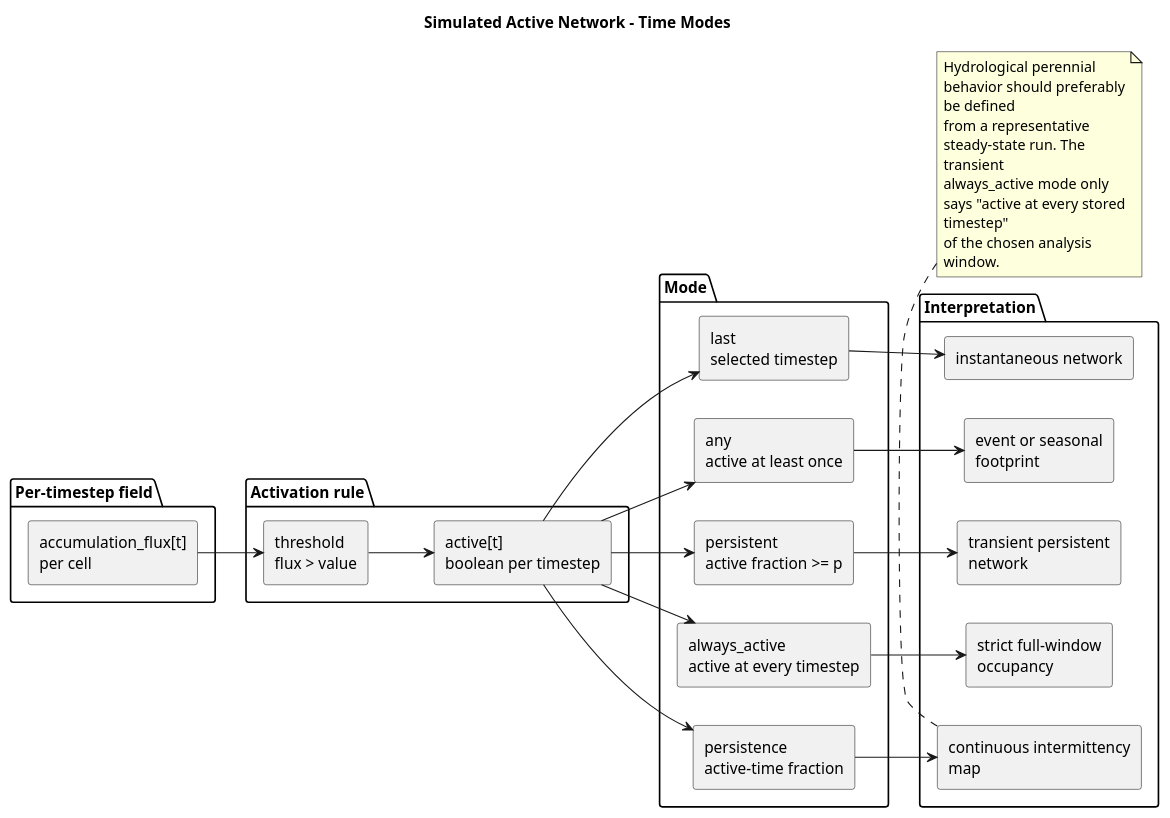
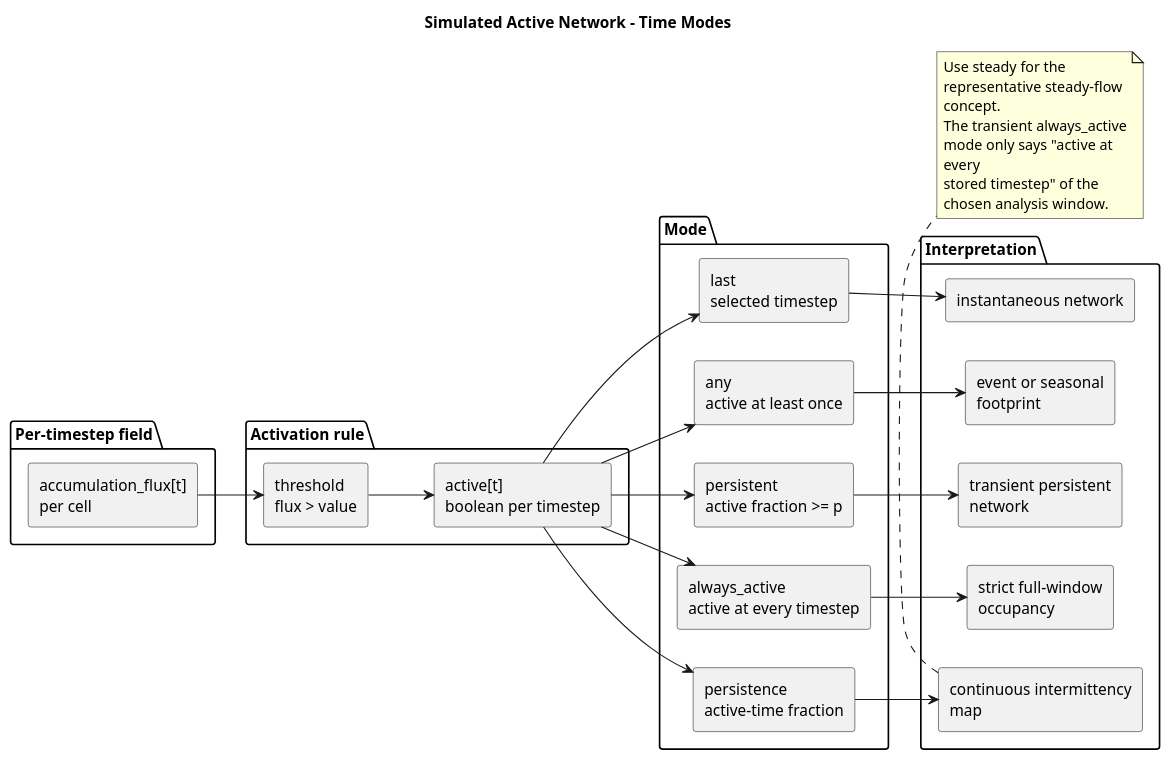
The diagram in docs/readthedocs/source/scientific/hydrology/diagrams/simulated_active_network_time_modes.wsd (HydroModPy/HydroModPy), drawn with PlantUML before and after one commit. The commit also changed 64 other files, not shown here.

First line of the commit message:
docs: expand flow and data workflow guides

```diff
--- a/docs/readthedocs/source/scientific/hydrology/diagrams/simulated_active_network_time_modes.wsd
+++ b/docs/readthedocs/source/scientific/hydrology/diagrams/simulated_active_network_time_modes.wsd
@@ -1,52 +1,51 @@
 @startuml
 title Simulated Active Network - Time Modes
 left to right direction
 skinparam componentStyle rectangle
 skinparam wrapWidth 170
 
 package "Per-timestep field" {
   component "accumulation_flux[t]\nper cell" as Flux
 }
 
 package "Activation rule" {
   component "threshold\nflux > value" as Threshold
   component "active[t]\nboolean per timestep" as Active
 }
 
 package "Mode" {
   component "last\nselected timestep" as Last
   component "any\nactive at least once" as Any
   component "persistent\nactive fraction >= p" as Persistent
   component "always_active\nactive at every timestep" as Always
   component "persistence\nactive-time fraction" as Persistence
 }
 
 package "Interpretation" {
   component "instantaneous network" as Instant
   component "event or seasonal footprint" as Event
   component "transient persistent network" as Persisted
   component "strict full-window occupancy" as Strict
   component "continuous intermittency map" as Continuous
 }
 
 Flux --> Threshold
 Threshold --> Active
 Active --> Last
 Active --> Any
 Active --> Persistent
 Active --> Always
 Active --> Persistence
 
 Last --> Instant
 Any --> Event
 Persistent --> Persisted
 Always --> Strict
 Persistence --> Continuous
 
 note bottom
-Hydrological perennial behavior should preferably be defined
-from a representative steady-state run. The transient
-always_active mode only says "active at every stored timestep"
-of the chosen analysis window.
+Use steady for the representative steady-flow concept.
+The transient always_active mode only says "active at every
+stored timestep" of the chosen analysis window.
 end note
 @enduml
```
